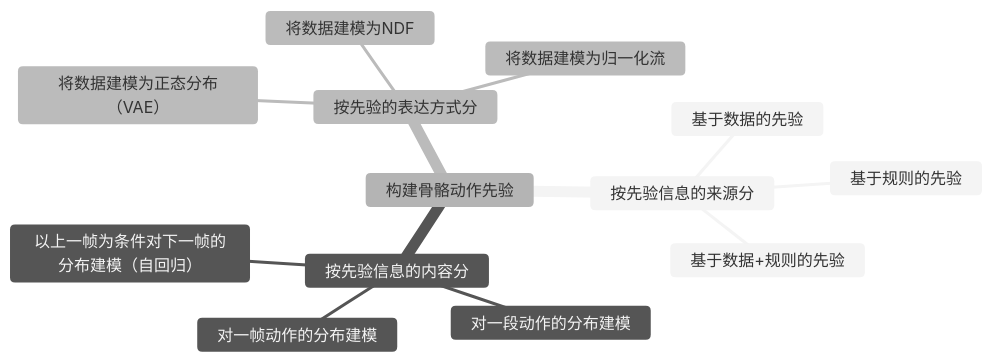
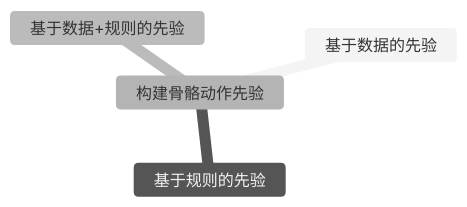
One commit to CaterpillarStudyGroup/ImportantArticles changed the second of 7 diagrams in src/MeshAnimation/SkeletonProxy/MotionPrior.md. Above: the diagram before and after it, drawn with Mermaid (neutral theme). The commit also changed other lines of this file and 3 other files, not shown here.

````diff
--- a/src/MeshAnimation/SkeletonProxy/MotionPrior.md
+++ b/src/MeshAnimation/SkeletonProxy/MotionPrior.md
@@ -31,16 +31,7 @@
 ```mermaid
 mindmap
 构建骨骼动作先验
-    按先验信息的来源分
-        基于数据的先验
-        基于规则的先验
-        基于数据+规则的先验
-    按先验信息的内容分
-        对一帧动作的分布建模
-        对一段动作的分布建模
-        以上一帧为条件对下一帧的分布建模（自回归）
-    按先验的表达方式分
-        将数据建模为正态分布（VAE）
-        将数据建模为NDF
-        将数据建模为归一化流
+    基于数据的先验
+    基于规则的先验
+    基于数据+规则的先验
 ```
````
